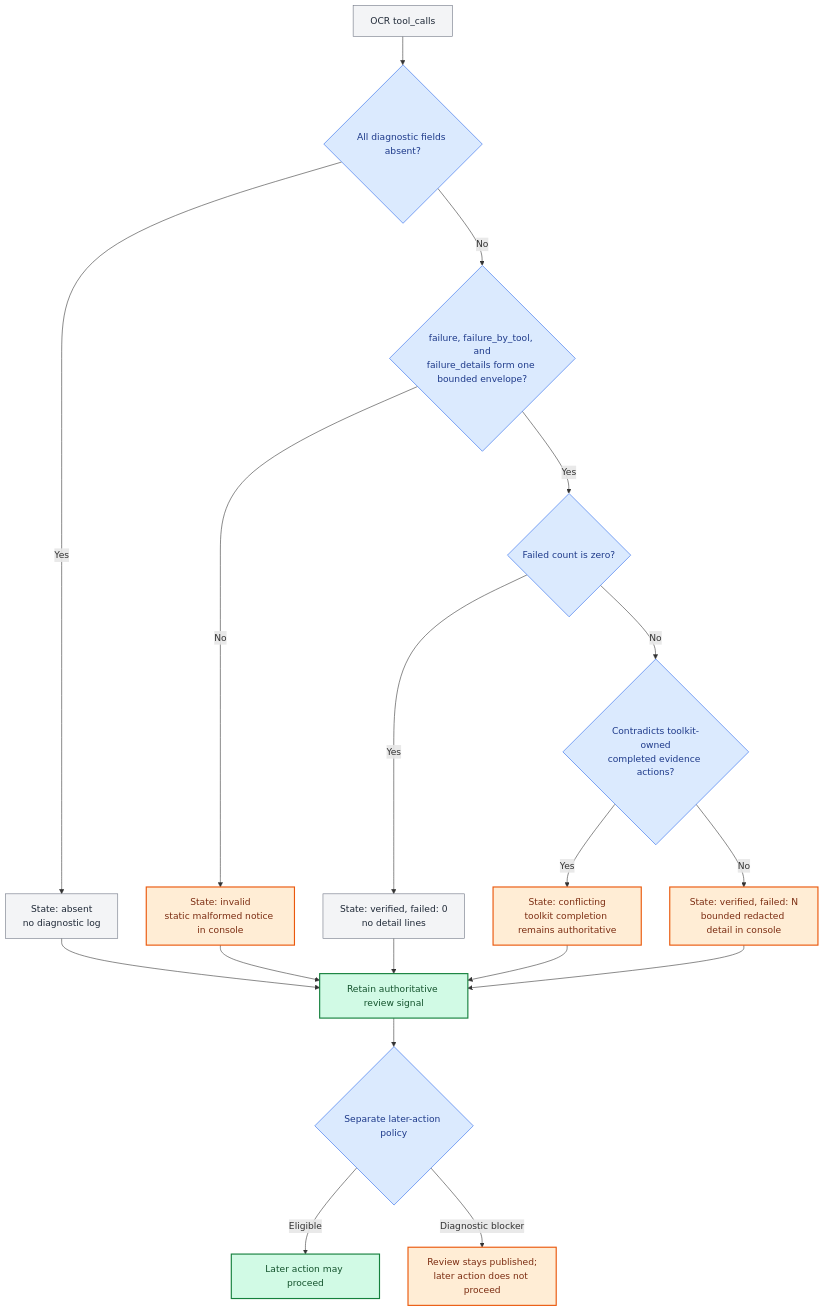
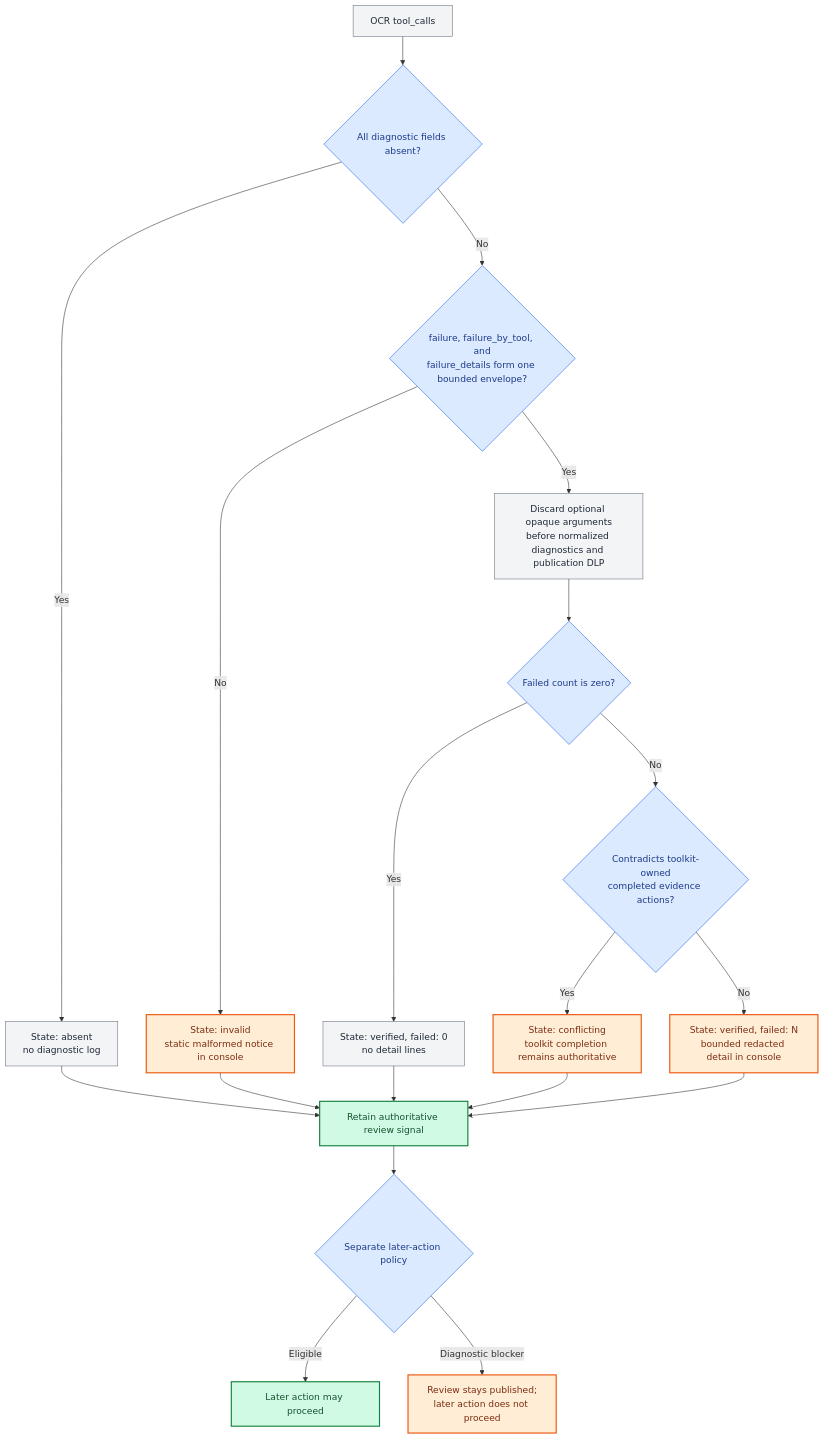
Before and after one commit to xeonvs/open-code-review-toolkit: the second of 3 diagrams in docs/review-decision-flow.md, drawn with Mermaid. The commit also changed other lines of this file and 34 other files, not shown here.

````diff
--- a/docs/review-decision-flow.md
+++ b/docs/review-decision-flow.md
@@ -86,32 +86,33 @@
 ```mermaid
 flowchart TD
     raw[OCR tool_calls] --> present{All diagnostic fields absent?}
     present -- Yes --> absent[State: absent<br/>no diagnostic log]
     present -- No --> shape{failure, failure_by_tool, and<br/>failure_details form one bounded envelope?}
     shape -- No --> invalid[State: invalid<br/>static malformed notice in console]
-    shape -- Yes --> failed{Failed count is zero?}
+    shape -- Yes --> omit_args[Discard optional opaque arguments<br/>before normalized diagnostics and publication DLP]
+    omit_args --> failed{Failed count is zero?}
     failed -- Yes --> verified_zero[State: verified, failed: 0<br/>no detail lines]
     failed -- No --> reconcile{Contradicts toolkit-owned<br/>completed evidence actions?}
     reconcile -- Yes --> conflicting[State: conflicting<br/>toolkit completion remains authoritative]
     reconcile -- No --> verified[State: verified, failed: N<br/>bounded redacted detail in console]
 
     absent --> retain[Retain authoritative review signal]
     invalid --> retain
     verified_zero --> retain
     conflicting --> retain
     verified --> retain
     retain --> later{Separate later-action policy}
     later -- Eligible --> later_ok[Later action may proceed]
     later -- Diagnostic blocker --> later_warn[Review stays published;<br/>later action does not proceed]
 
     classDef success fill:#d1fae5,stroke:#15803d,color:#14532d,stroke-width:2px;
     classDef warning fill:#ffedd5,stroke:#ea580c,color:#7c2d12,stroke-width:2px;
     classDef error fill:#fee2e2,stroke:#dc2626,color:#7f1d1d,stroke-width:2px;
     classDef auxiliary fill:#f3f4f6,stroke:#6b7280,color:#1f2937;
     classDef decision fill:#dbeafe,stroke:#2563eb,color:#1e3a8a;
 
     class retain,later_ok success;
     class invalid,conflicting,verified,later_warn warning;
-    class raw,absent,verified_zero auxiliary;
+    class raw,absent,verified_zero,omit_args auxiliary;
     class present,shape,failed,reconcile,later decision;
 ```
````
